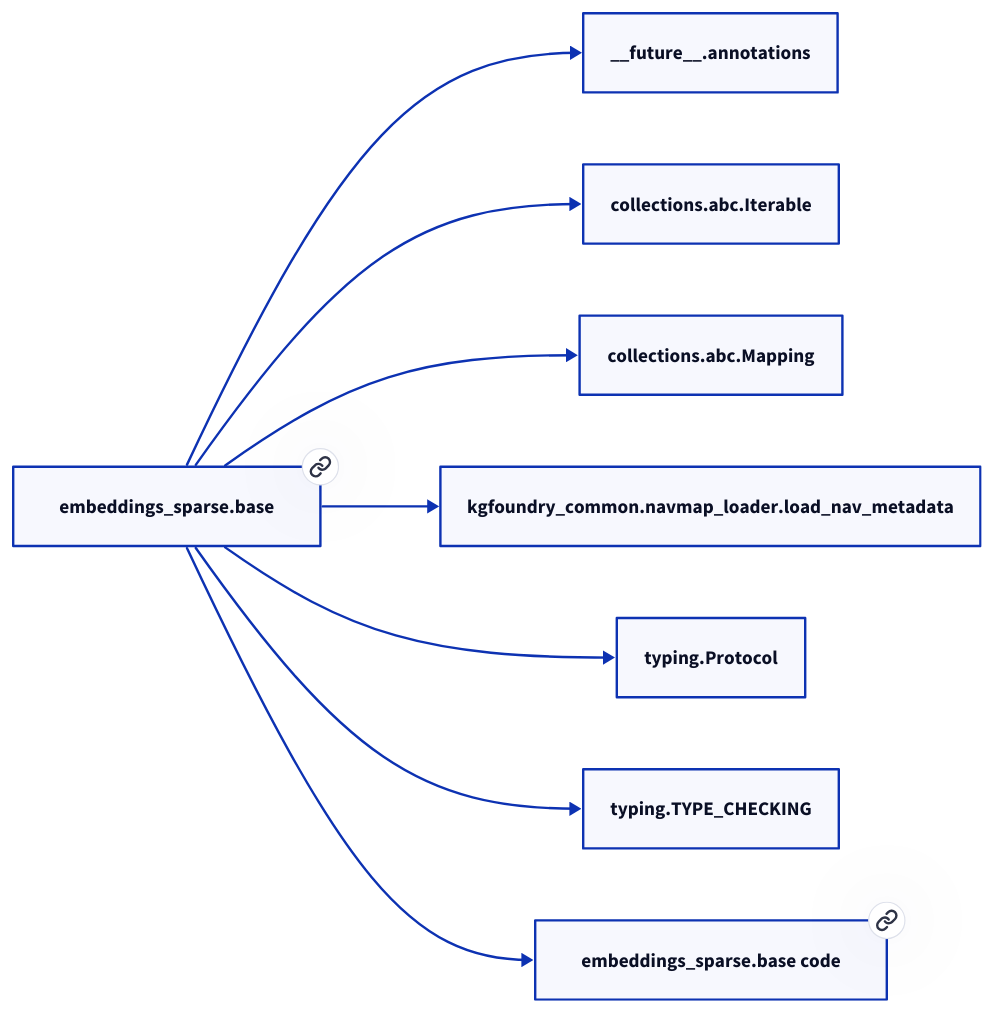
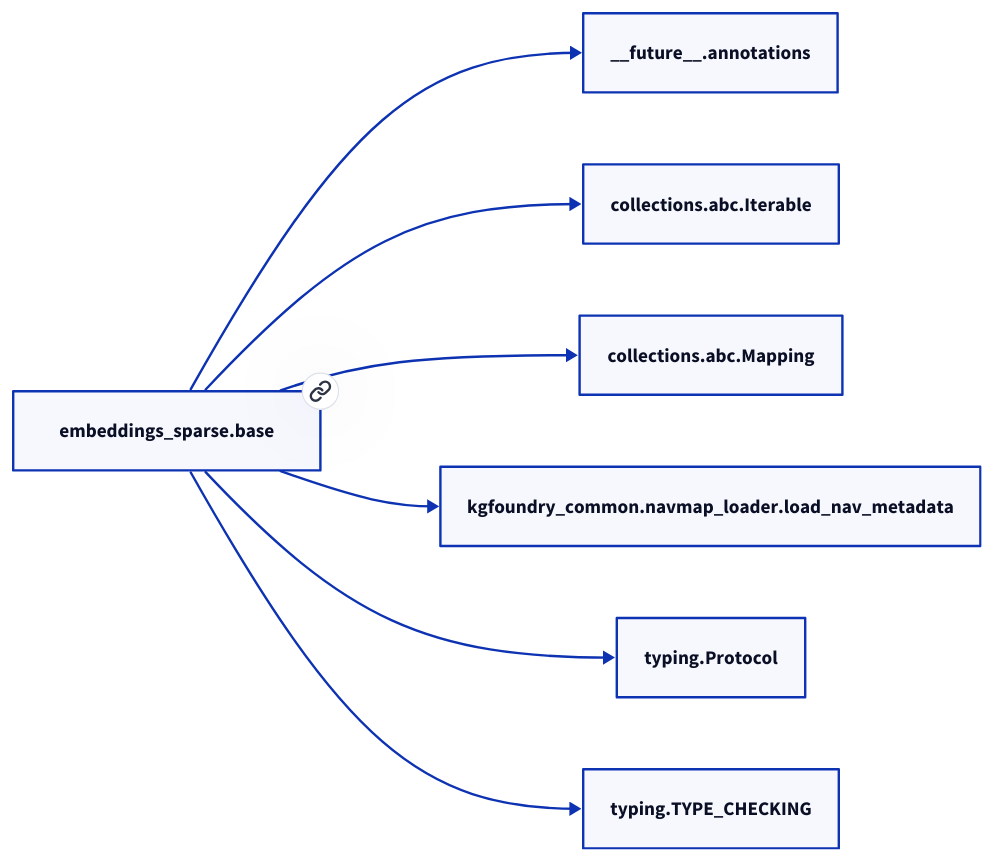
One commit to paul-heyse/kgforge changed the second of 2 diagrams in docs/modules/embeddings_sparse/base.md. Above: the diagram before and after it, drawn with D2. The commit also changed other lines of this file and 118 other files, not shown here.

````diff
--- a/docs/modules/embeddings_sparse/base.md
+++ b/docs/modules/embeddings_sparse/base.md
@@ -47,18 +45,16 @@
 ```d2
 direction: right
-"embeddings_sparse.base": "embeddings_sparse.base" { link: "./embeddings_sparse/base.md" }
+"embeddings_sparse.base": "embeddings_sparse.base" { link: "base.md" }
 "__future__.annotations": "__future__.annotations"
 "embeddings_sparse.base" -> "__future__.annotations"
 "collections.abc.Iterable": "collections.abc.Iterable"
 "embeddings_sparse.base" -> "collections.abc.Iterable"
 "collections.abc.Mapping": "collections.abc.Mapping"
 "embeddings_sparse.base" -> "collections.abc.Mapping"
 "kgfoundry_common.navmap_loader.load_nav_metadata": "kgfoundry_common.navmap_loader.load_nav_metadata"
 "embeddings_sparse.base" -> "kgfoundry_common.navmap_loader.load_nav_metadata"
 "typing.Protocol": "typing.Protocol"
 "embeddings_sparse.base" -> "typing.Protocol"
 "typing.TYPE_CHECKING": "typing.TYPE_CHECKING"
 "embeddings_sparse.base" -> "typing.TYPE_CHECKING"
-"embeddings_sparse.base_code": "embeddings_sparse.base code" { link: "https://github.com/kgfoundry/kgfoundry/blob/main/src/embeddings_sparse/base.py" }
-"embeddings_sparse.base" -> "embeddings_sparse.base_code" { style: dashed }
 ```
````
